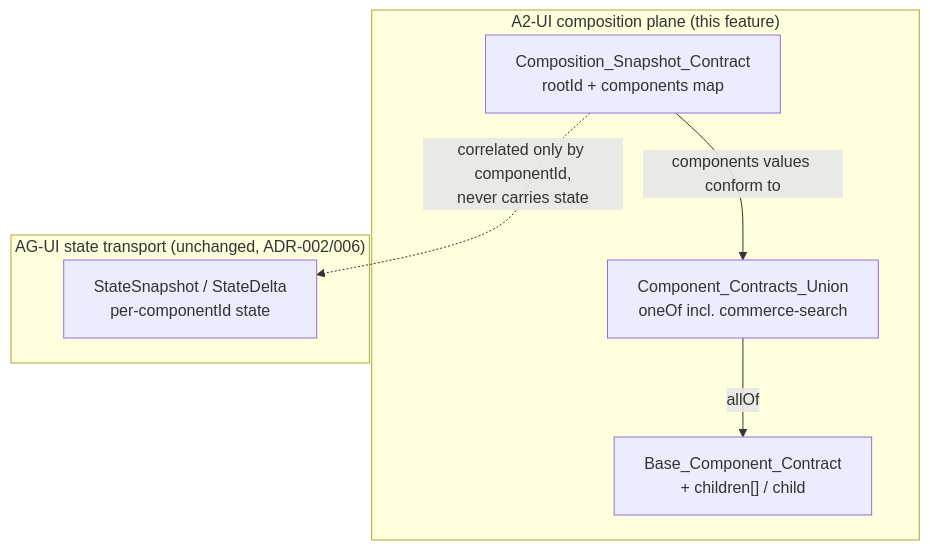
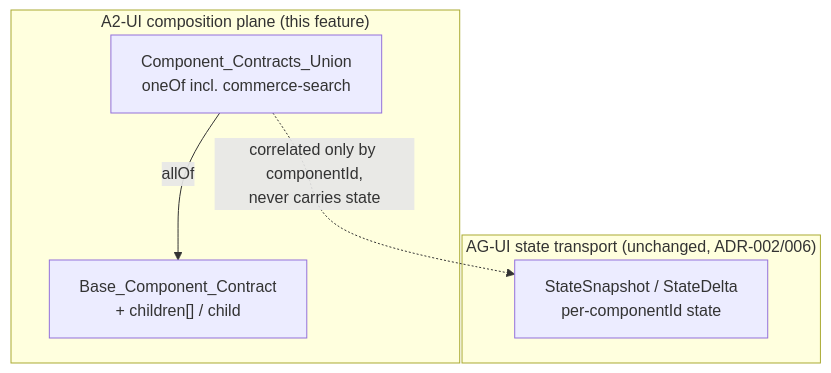
The first of 2 diagrams in .kiro/specs/thermidor-schema-adjacency-list/design.md (coveo/ui-kit), drawn with Mermaid before and after one commit. The commit also changed other lines of this file and 32 other files, not shown here.

Commit message:
drop unused composition-snapshot contract

````diff
--- a/.kiro/specs/thermidor-schema-adjacency-list/design.md
+++ b/.kiro/specs/thermidor-schema-adjacency-list/design.md
@@ -77,14 +73,12 @@
 ```mermaid
 flowchart TB
   subgraph A2UI["A2-UI composition plane (this feature)"]
-    CS["Composition_Snapshot_Contract<br/>rootId + components map"]
     Base["Base_Component_Contract<br/>+ children[] / child"]
     Union["Component_Contracts_Union<br/>oneOf incl. commerce-search"]
-    CS -->|components values conform to| Union
     Union -->|allOf| Base
   end
   subgraph AGUI["AG-UI state transport (unchanged, ADR-002/006)"]
     SS["StateSnapshot / StateDelta<br/>per-componentId state"]
   end
-  CS -.->|correlated only by componentId,<br/>never carries state| SS
+  Union -.->|correlated only by componentId,<br/>never carries state| SS
 ```
````
